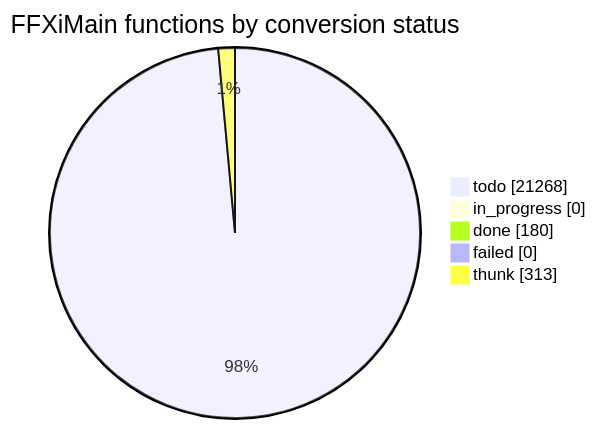
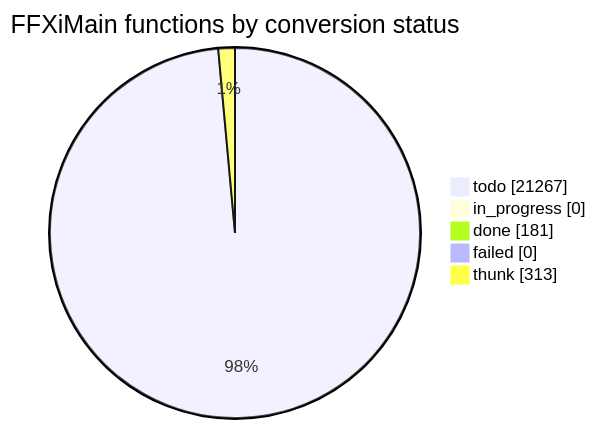
The diagram in docs/cow/STATUS.md (cowrevenge/cow_kuluu_xi_anything), drawn with Mermaid before and after one commit. The commit also changed other lines of this file and 9 other files, not shown here.

````diff
--- a/docs/cow/STATUS.md
+++ b/docs/cow/STATUS.md
@@ -18,9 +18,9 @@
 ```mermaid
 pie showData
     title FFXiMain functions by conversion status
-    "todo" : 21268
+    "todo" : 21267
     "in_progress" : 0
-    "done" : 180
+    "done" : 181
     "failed" : 0
     "thunk" : 313
 ```
````
